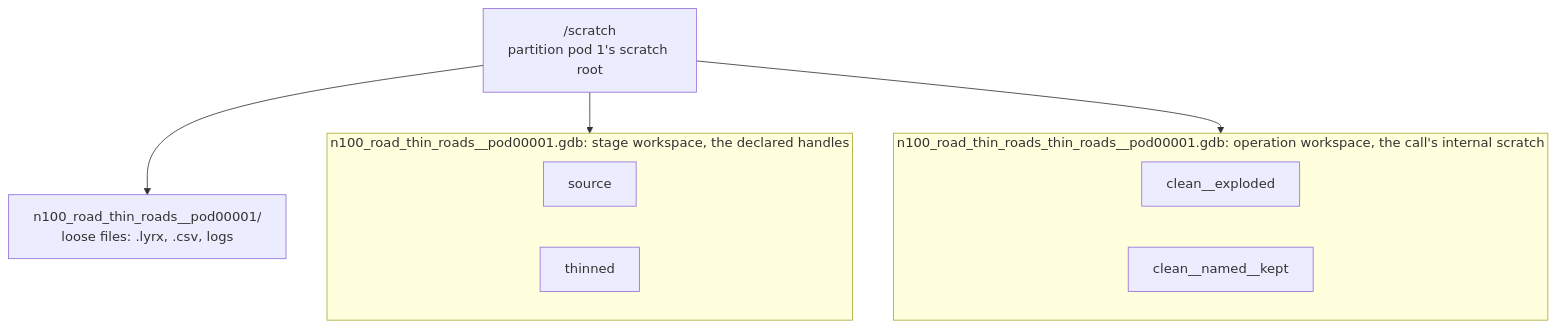
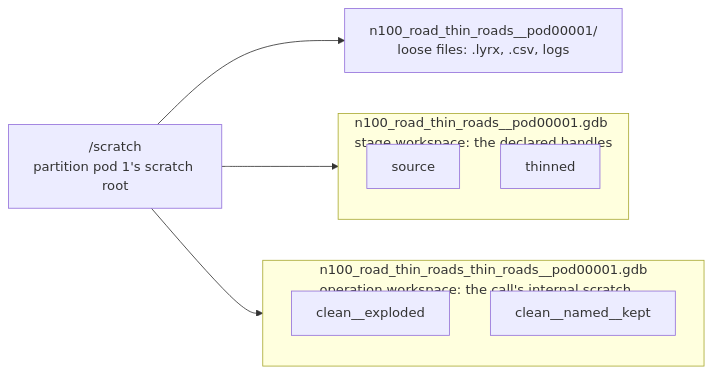
Before and after one commit to kartverket/automatisk-generalisering: the second of 5 diagrams in docs/user_guide/scratch.md, drawn with Mermaid. The commit also changed other lines of this file, not shown here.

Commit message:
Scratch guide: meramid layout improvement

````diff
--- a/docs/user_guide/scratch.md
+++ b/docs/user_guide/scratch.md
@@ -51,15 +51,15 @@
 ```mermaid
-flowchart TB
+flowchart LR
     root["/scratch<br/>partition pod 1's scratch root"]
     root --> stage
     root --> loose["n100_road_thin_roads__pod00001/<br/>loose files: .lyrx, .csv, logs"]
     root --> op
-    subgraph stage["n100_road_thin_roads__pod00001.gdb: stage workspace, the declared handles"]
+    subgraph stage["n100_road_thin_roads__pod00001.gdb<br/>stage workspace: the declared handles"]
         source["source"]
         thinned["thinned"]
     end
-    subgraph op["n100_road_thin_roads_thin_roads__pod00001.gdb: operation workspace, the call's internal scratch"]
+    subgraph op["n100_road_thin_roads_thin_roads__pod00001.gdb<br/>operation workspace: the call's internal scratch"]
         exploded["clean__exploded"]
         kept["clean__named__kept"]
     end
 ```
````
